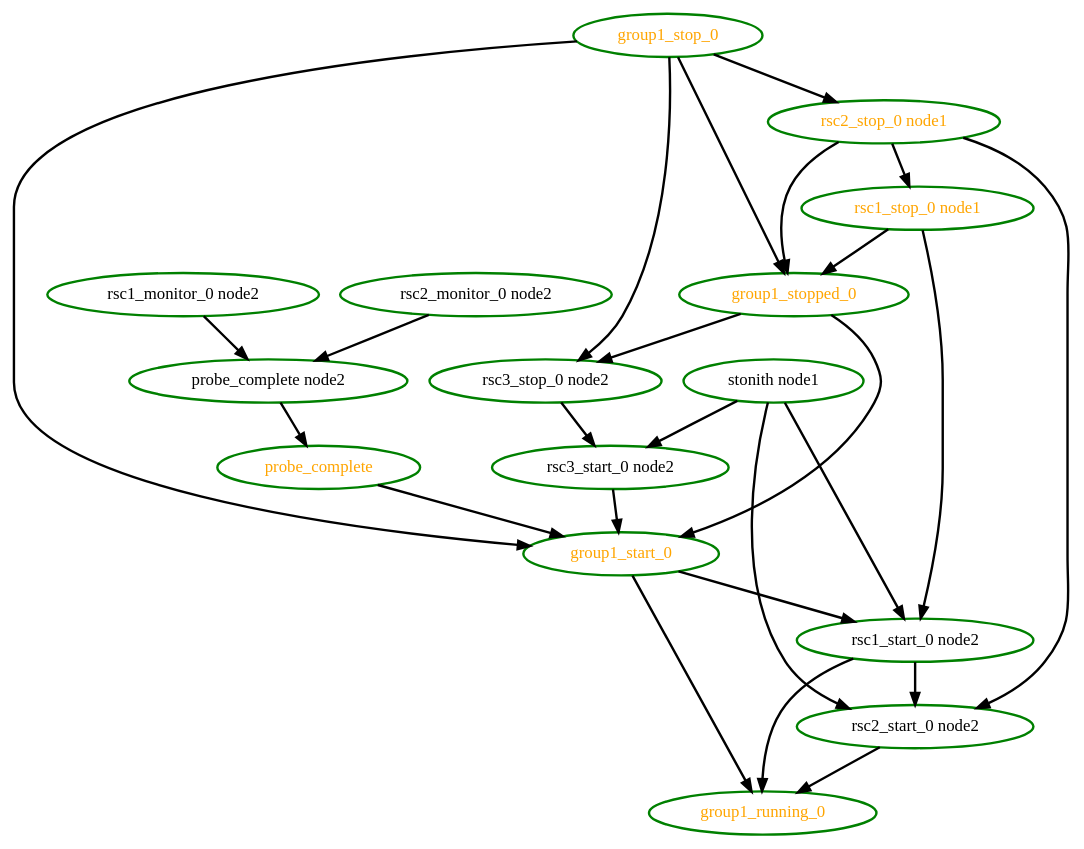
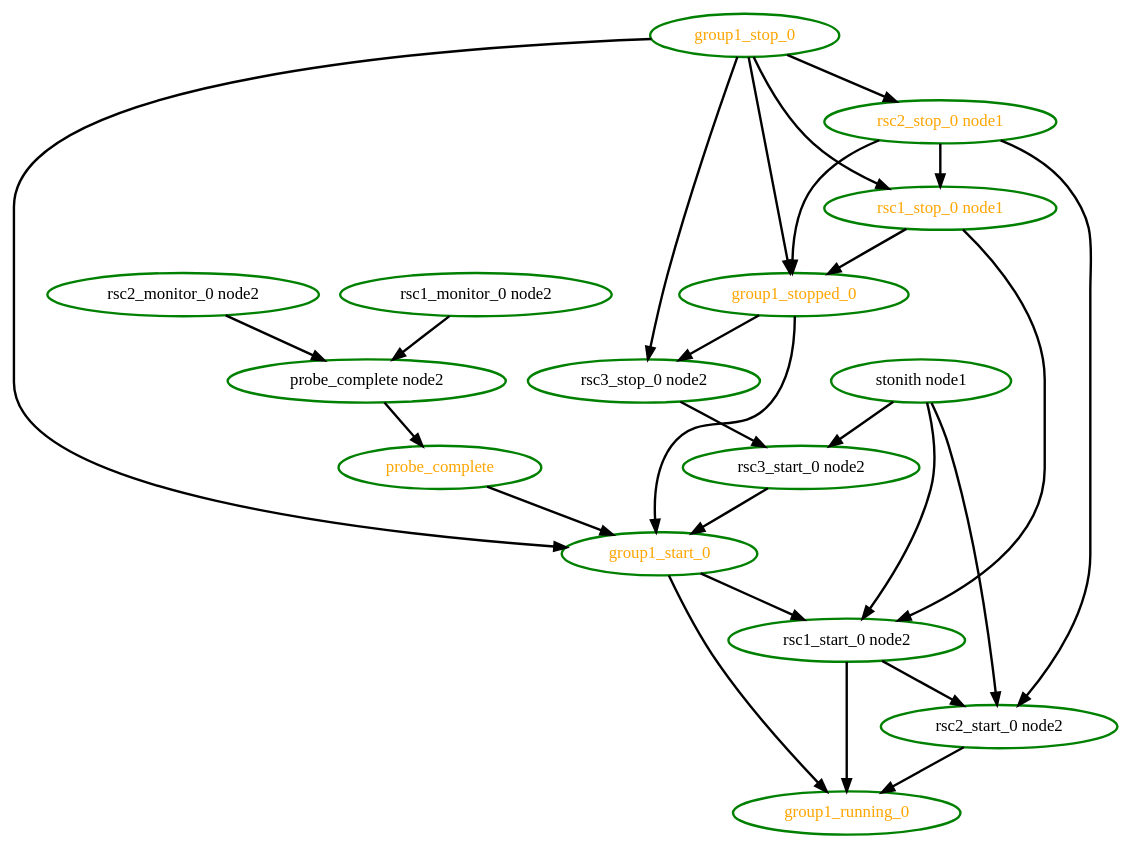
Before and after one commit to richiewen8/heartbeat: the diagram in crm/pengine/testcases/rec-node-11.dot, drawn with Graphviz. The commit also changed 36 other files, not shown here.

Commit message:
PE: Stop of a partially stopped group failed when there was only two child resources The resulting transition was unrunnable and prevented progress from being made

```diff
--- a/crm/pengine/testcases/rec-node-11.dot
+++ b/crm/pengine/testcases/rec-node-11.dot
@@ -1,42 +1,43 @@
  digraph "g" {
 "group1_running_0" [ style=bold color="green" fontcolor="orange" ]
 "group1_start_0" -> "group1_running_0" [ style = bold]
 "group1_start_0" -> "rsc1_start_0 node2" [ style = bold]
 "group1_start_0" [ style=bold color="green" fontcolor="orange" ]
 "group1_stop_0" -> "group1_start_0" [ style = bold]
 "group1_stop_0" -> "group1_stopped_0" [ style = bold]
+"group1_stop_0" -> "rsc1_stop_0 node1" [ style = bold]
 "group1_stop_0" -> "rsc2_stop_0 node1" [ style = bold]
 "group1_stop_0" -> "rsc3_stop_0 node2" [ style = bold]
 "group1_stop_0" [ style=bold color="green" fontcolor="orange" ]
 "group1_stopped_0" -> "group1_start_0" [ style = bold]
 "group1_stopped_0" -> "rsc3_stop_0 node2" [ style = bold]
 "group1_stopped_0" [ style=bold color="green" fontcolor="orange" ]
 "probe_complete node2" -> "probe_complete" [ style = bold]
 "probe_complete node2" [ style=bold color="green" fontcolor="black" ]
 "probe_complete" -> "group1_start_0" [ style = bold]
 "probe_complete" [ style=bold color="green" fontcolor="orange" ]
 "rsc1_monitor_0 node2" -> "probe_complete node2" [ style = bold]
 "rsc1_monitor_0 node2" [ style=bold color="green" fontcolor="black" ]
 "rsc1_start_0 node2" -> "group1_running_0" [ style = bold]
 "rsc1_start_0 node2" -> "rsc2_start_0 node2" [ style = bold]
 "rsc1_start_0 node2" [ style=bold color="green" fontcolor="black" ]
 "rsc1_stop_0 node1" -> "group1_stopped_0" [ style = bold]
 "rsc1_stop_0 node1" -> "rsc1_start_0 node2" [ style = bold]
 "rsc1_stop_0 node1" [ style=bold color="green" fontcolor="orange" ]
 "rsc2_monitor_0 node2" -> "probe_complete node2" [ style = bold]
 "rsc2_monitor_0 node2" [ style=bold color="green" fontcolor="black" ]
 "rsc2_start_0 node2" -> "group1_running_0" [ style = bold]
 "rsc2_start_0 node2" [ style=bold color="green" fontcolor="black" ]
 "rsc2_stop_0 node1" -> "group1_stopped_0" [ style = bold]
 "rsc2_stop_0 node1" -> "rsc1_stop_0 node1" [ style = bold]
 "rsc2_stop_0 node1" -> "rsc2_start_0 node2" [ style = bold]
 "rsc2_stop_0 node1" [ style=bold color="green" fontcolor="orange" ]
 "rsc3_start_0 node2" -> "group1_start_0" [ style = bold]
 "rsc3_start_0 node2" [ style=bold color="green" fontcolor="black" ]
 "rsc3_stop_0 node2" -> "rsc3_start_0 node2" [ style = bold]
 "rsc3_stop_0 node2" [ style=bold color="green" fontcolor="black" ]
 "stonith node1" -> "rsc1_start_0 node2" [ style = bold]
 "stonith node1" -> "rsc2_start_0 node2" [ style = bold]
 "stonith node1" -> "rsc3_start_0 node2" [ style = bold]
 "stonith node1" [ style=bold color="green" fontcolor="black" ]
 }
```
